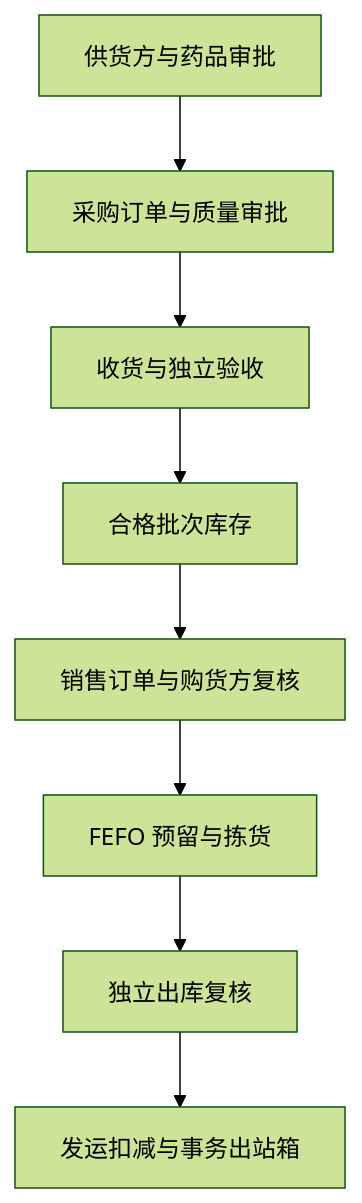
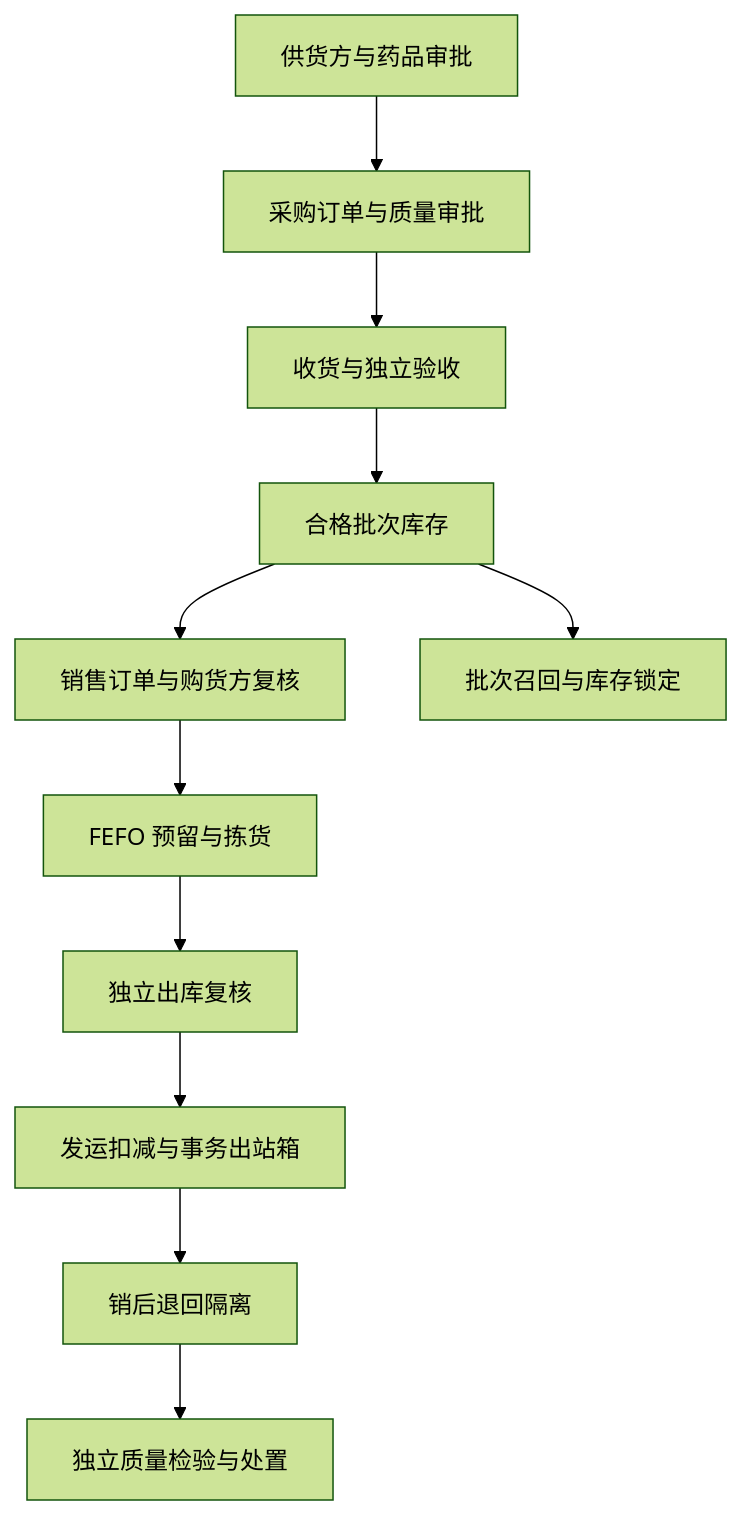
The diagram in README.md (AllenMGu/WMS), drawn with Mermaid (forest theme) before and after one commit. The commit also changed other lines of this file and 17 other files, not shown here.

````diff
--- a/README.md
+++ b/README.md
@@ -31,10 +32,13 @@
 ```mermaid
 flowchart TD
     A[供货方与药品审批] --> B[采购订单与质量审批]
     B --> C[收货与独立验收]
     C --> D[合格批次库存]
     D --> E[销售订单与购货方复核]
     E --> F[FEFO 预留与拣货]
     F --> G[独立出库复核]
     G --> H[发运扣减与事务出站箱]
+    H --> I[销后退回隔离]
+    I --> J[独立质量检验与处置]
+    D --> K[批次召回与库存锁定]
 ```
````
